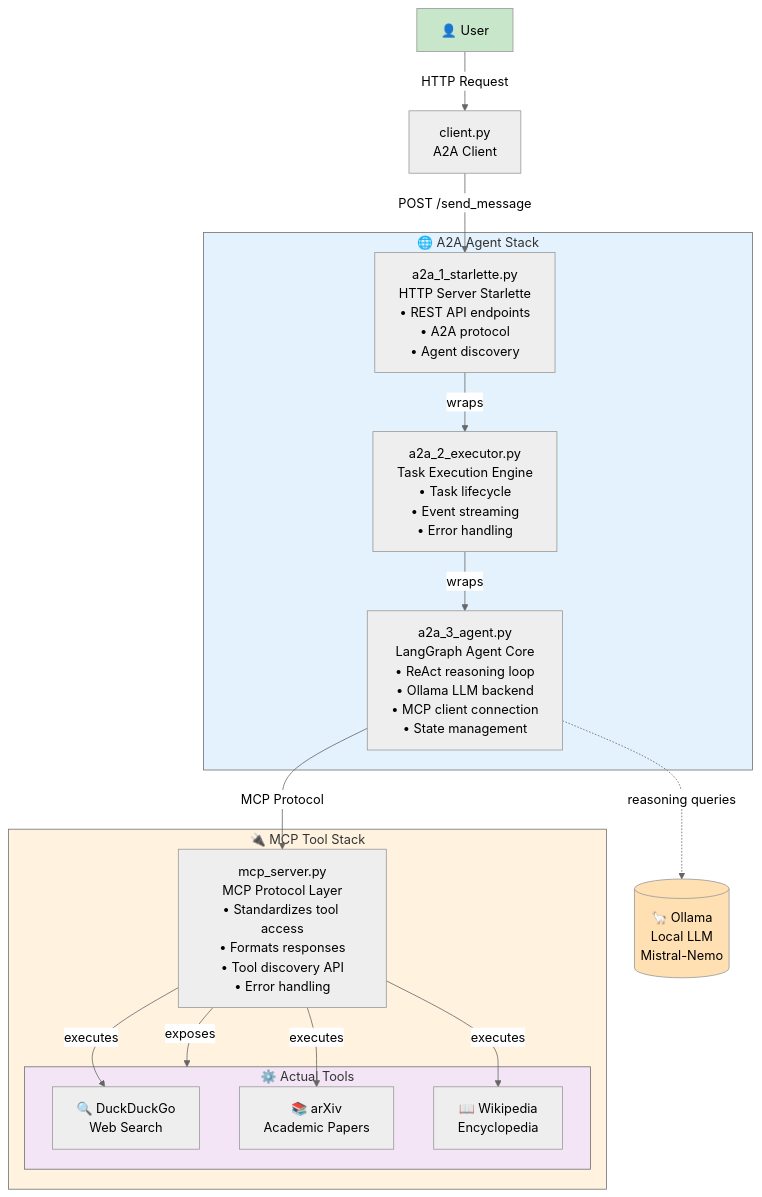
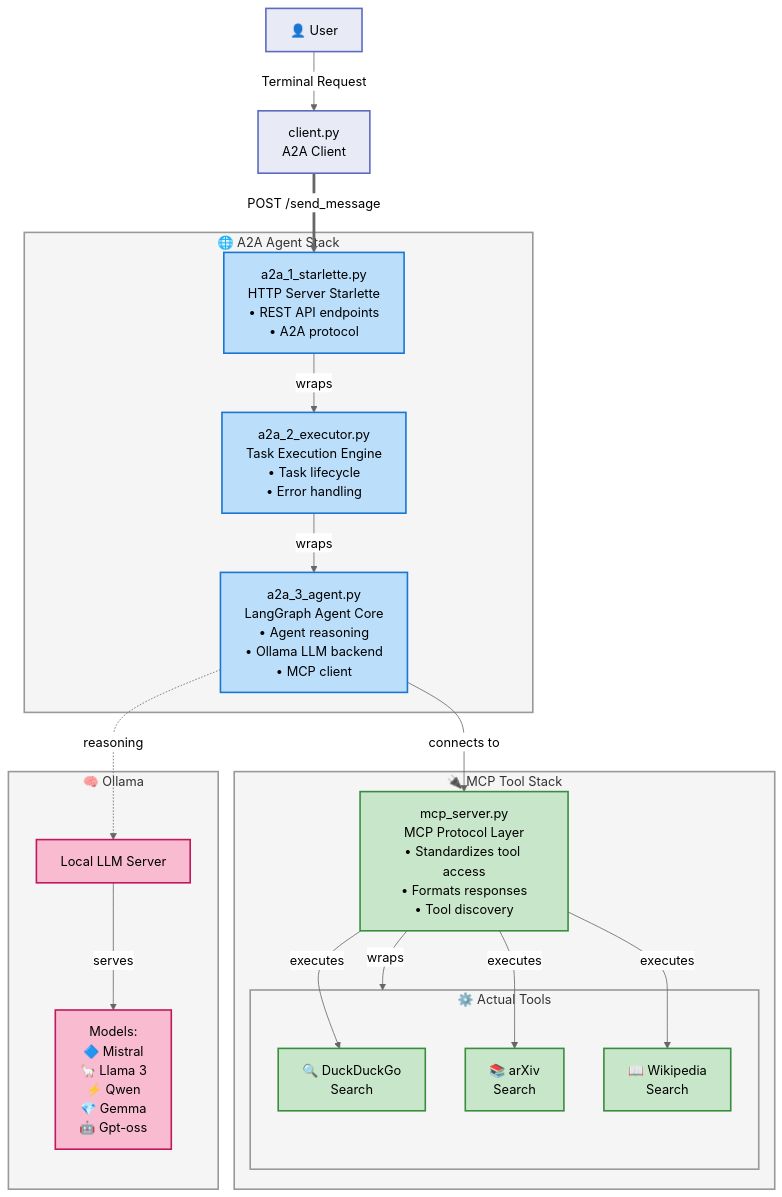
One commit to JuanMaParraU/a2a-mcp-langgraph-agent-local changed the third of 3 diagrams in blog.md. Above: the diagram before and after it, drawn with Mermaid (neutral theme). The commit also changed other lines of this file and 1 other file, not shown here.

````diff
--- a/blog.md
+++ b/blog.md
@@ -470,40 +483,51 @@
 ```mermaid
 graph TB
     User[👤 User]
     Client[client.py<br/>A2A Client]
     
     subgraph A2A_Stack["🌐 A2A Agent Stack"]
-        Starlette[a2a_1_starlette.py<br/>HTTP Server Starlette<br/>• REST API endpoints<br/>• A2A protocol<br/>• Agent discovery]
-        Executor[a2a_2_executor.py<br/>Task Execution Engine<br/>• Task lifecycle<br/>• Event streaming<br/>• Error handling]
-        Agent[a2a_3_agent.py<br/>LangGraph Agent Core<br/>• ReAct reasoning loop<br/>• Ollama LLM backend<br/>• MCP client connection<br/>• State management]
+        Starlette[a2a_1_starlette.py<br/>HTTP Server Starlette<br/>• REST API endpoints<br/>• A2A protocol]
+        Executor[a2a_2_executor.py<br/>Task Execution Engine<br/>• Task lifecycle<br/>• Error handling]
+        Agent[a2a_3_agent.py<br/>LangGraph Agent Core<br/>• Agent reasoning<br/>• Ollama LLM backend<br/>• MCP client]
     end
     
     subgraph MCP_Stack["🔌 MCP Tool Stack"]
-        MCP[mcp_server.py<br/>MCP Protocol Layer<br/>• Standardizes tool access<br/>• Formats responses<br/>• Tool discovery API<br/>• Error handling]
+        MCP[mcp_server.py<br/>MCP Protocol Layer<br/>• Standardizes tool access<br/>• Formats responses<br/>• Tool discovery]
         
         subgraph Tools["⚙️ Actual Tools"]
-            DDG[🔍 DuckDuckGo<br/>Web Search]
-            ArXiv[📚 arXiv<br/>Academic Papers]
-            Wiki[📖 Wikipedia<br/>Encyclopedia]
+            DDG[🔍 DuckDuckGo<br/>Search]
+            ArXiv[📚 arXiv<br/>Search]
+            Wiki[📖 Wikipedia<br/>Search]
         end
     end
     
-    Ollama[(🦙 Ollama<br/>Local LLM<br/>Mistral-Nemo)]
+    subgraph Ollama["🧠 Ollama"]
+        LLM[Local LLM Server]
+        Models["Models:<br/>🔷 Mistral<br/>🦙 Llama 3<br/>⚡ Qwen<br/>💎 Gemma<br/>🤖 Gpt-oss"]
+    end
     
-    User -->|HTTP Request| Client
-    Client -->|POST /send_message| Starlette
+    LLM -->|serves| Models
+    
+    User -->|Terminal Request| Client
+    Client ==>|POST /send_message| Starlette
     Starlette -->|wraps| Executor
     Executor -->|wraps| Agent
-    Agent -->|MCP Protocol| MCP
-    Agent -.->|reasoning queries| Ollama
-    MCP -->|exposes| Tools
+    Agent -->|connects to| MCP
+    Agent -.->|reasoning| LLM
+    MCP -->|wraps| Tools
     MCP -->|executes| DDG
     MCP -->|executes| ArXiv
     MCP -->|executes| Wiki
     
-    style A2A_Stack fill:#e3f2fd
-    style MCP_Stack fill:#fff3e0
-    style Tools fill:#f3e5f5
-    style User fill:#c8e6c9
-    style Ollama fill:#ffe0b2
+    classDef userStyle fill:#e8eaf6,stroke:#5c6bc0,stroke-width:2px
+    classDef a2aBox fill:#bbdefb,stroke:#1976d2,stroke-width:2px
+    classDef mcpBox fill:#c8e6c9,stroke:#388e3c,stroke-width:2px
+    classDef ollamaBox fill:#f8bbd0,stroke:#c2185b,stroke-width:2px
+    classDef subgraphStyle fill:#f5f5f5,stroke:#999,stroke-width:2px
+    
+    class User,Client userStyle
+    class Starlette,Executor,Agent a2aBox
+    class MCP,DDG,ArXiv,Wiki mcpBox
+    class LLM,Models ollamaBox
+    class A2A_Stack,MCP_Stack,Tools,Ollama subgraphStyle
 ```
````
